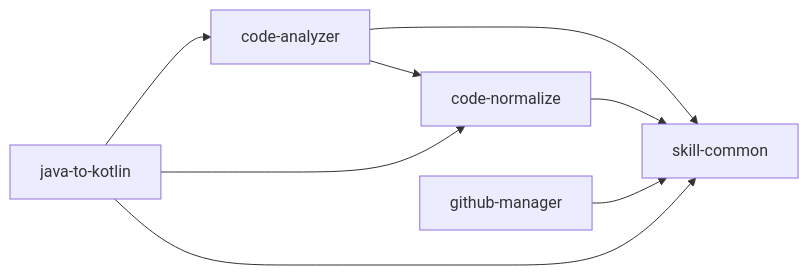
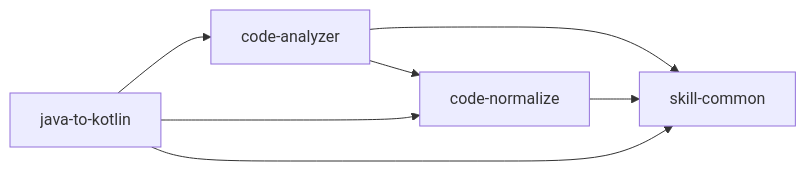
One commit to xjxlx/codex-skills changed the diagram in SKILLS_CATALOG.md. Above: the diagram before and after it, drawn with Mermaid. The commit also changed other lines of this file and 2 other files, not shown here.

````diff
--- a/SKILLS_CATALOG.md
+++ b/SKILLS_CATALOG.md
@@ -18,10 +18,9 @@
 ```mermaid
 graph LR
   code-analyzer --> code-normalize
   code-analyzer --> skill-common
   code-normalize --> skill-common
-  github-manager --> skill-common
   java-to-kotlin --> code-analyzer
   java-to-kotlin --> code-normalize
   java-to-kotlin --> skill-common
 ```
````
